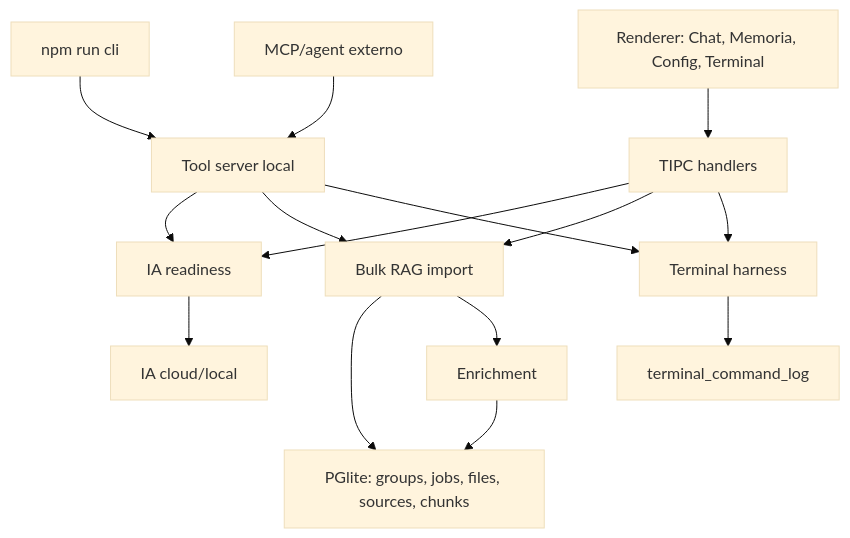
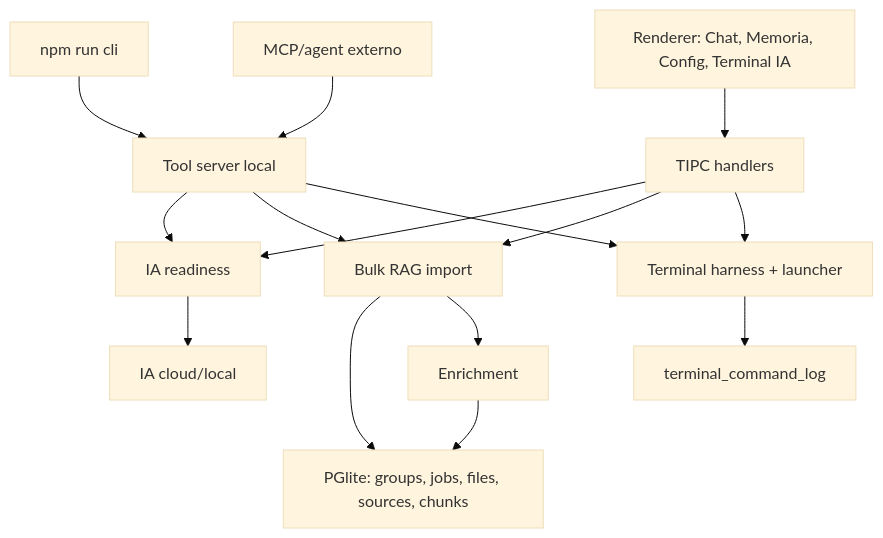
Before and after one commit to nmarcofernandess/escalaflow: the diagram in docs/ia-rag-cli-terminal.md, drawn with Mermaid (base theme). The commit also changed other lines of this file and 25 other files, not shown here.

Commit message:
feat: gate ai terminal launcher by persona

````diff
--- a/docs/ia-rag-cli-terminal.md
+++ b/docs/ia-rag-cli-terminal.md
@@ -12,17 +12,17 @@
 ```mermaid
 flowchart TD
-  UI["Renderer: Chat, Memoria, Config, Terminal"] --> IPC["TIPC handlers"]
+  UI["Renderer: Chat, Memoria, Config, Terminal IA"] --> IPC["TIPC handlers"]
   CLI["npm run cli"] --> HTTP["Tool server local"]
   MCP["MCP/agent externo"] --> HTTP
   HTTP --> Readiness["IA readiness"]
   IPC --> Readiness
   Readiness --> IA["IA cloud/local"]
   HTTP --> RAG["Bulk RAG import"]
   IPC --> RAG
   RAG --> DB["PGlite: groups, jobs, files, sources, chunks"]
   RAG --> Enrich["Enrichment"]
   Enrich --> DB
-  HTTP --> Terminal["Terminal harness"]
+  HTTP --> Terminal["Terminal harness + launcher"]
   IPC --> Terminal
   Terminal --> Audit["terminal_command_log"]
 ```
````
